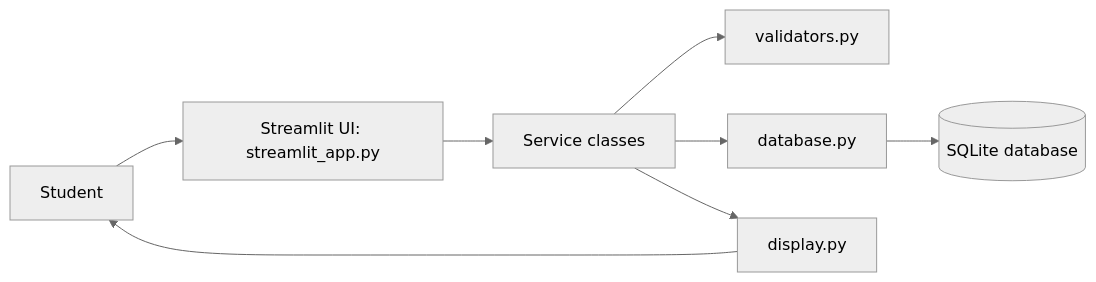
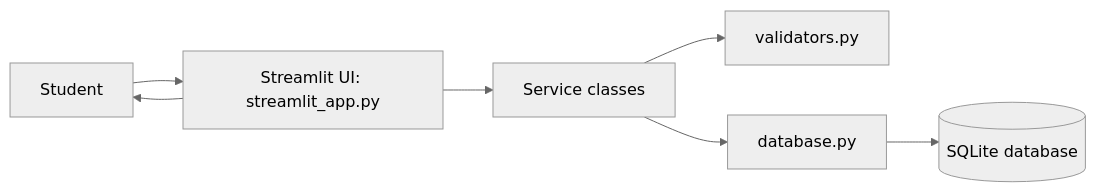
The first of 6 diagrams in docs/project_report.md (Harshita232009/Smart-Expense-Tracker), drawn with Mermaid (neutral theme) before and after one commit. The commit also changed other lines of this file and 4 other files, not shown here.

````diff
--- a/docs/project_report.md
+++ b/docs/project_report.md
@@ -49,10 +49,9 @@
 ```mermaid
 flowchart LR
     U[Student] --> M[Streamlit UI: streamlit_app.py]
     M --> S[Service classes]
     S --> V[validators.py]
     S --> D[database.py]
     D --> DB[(SQLite database)]
-    S --> O[display.py]
-    O --> U
+    M --> U
 ```
````
